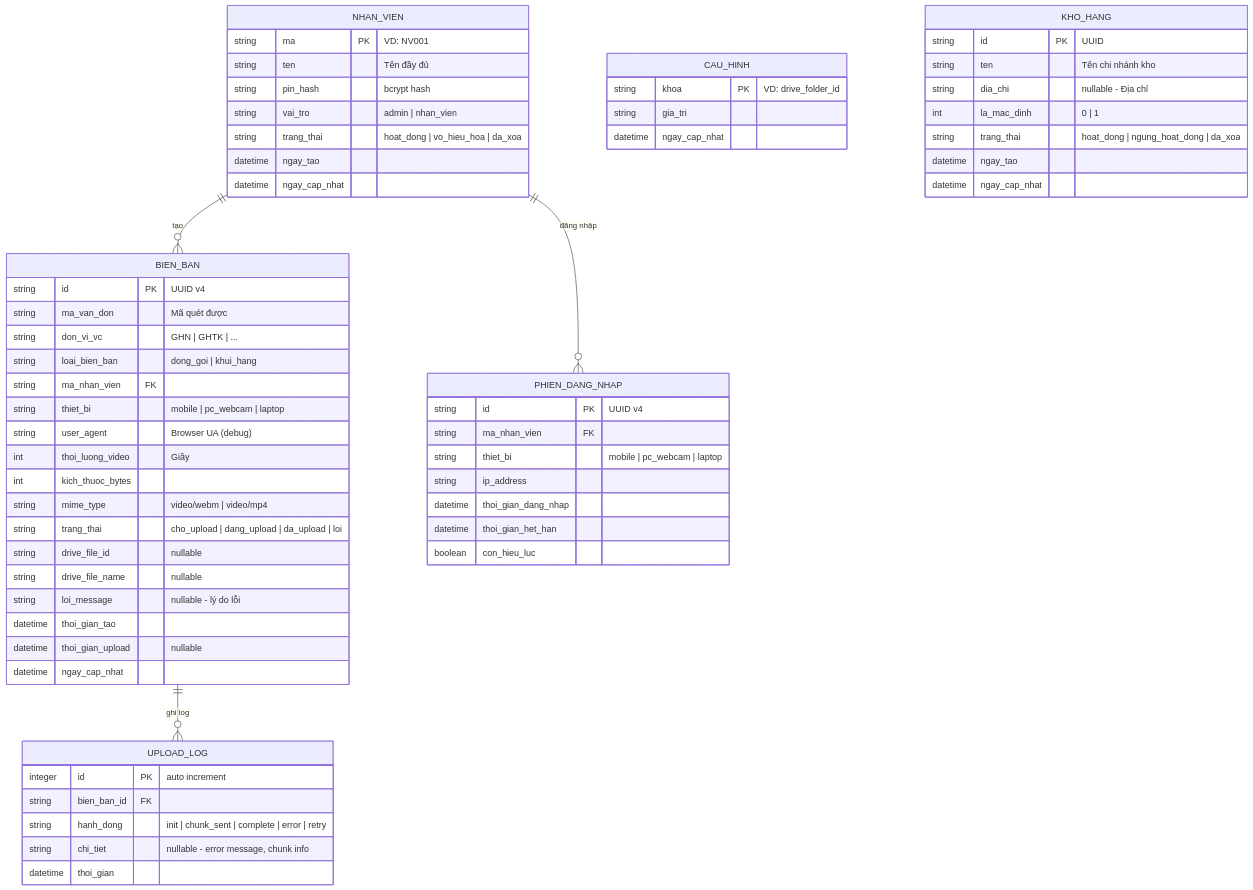
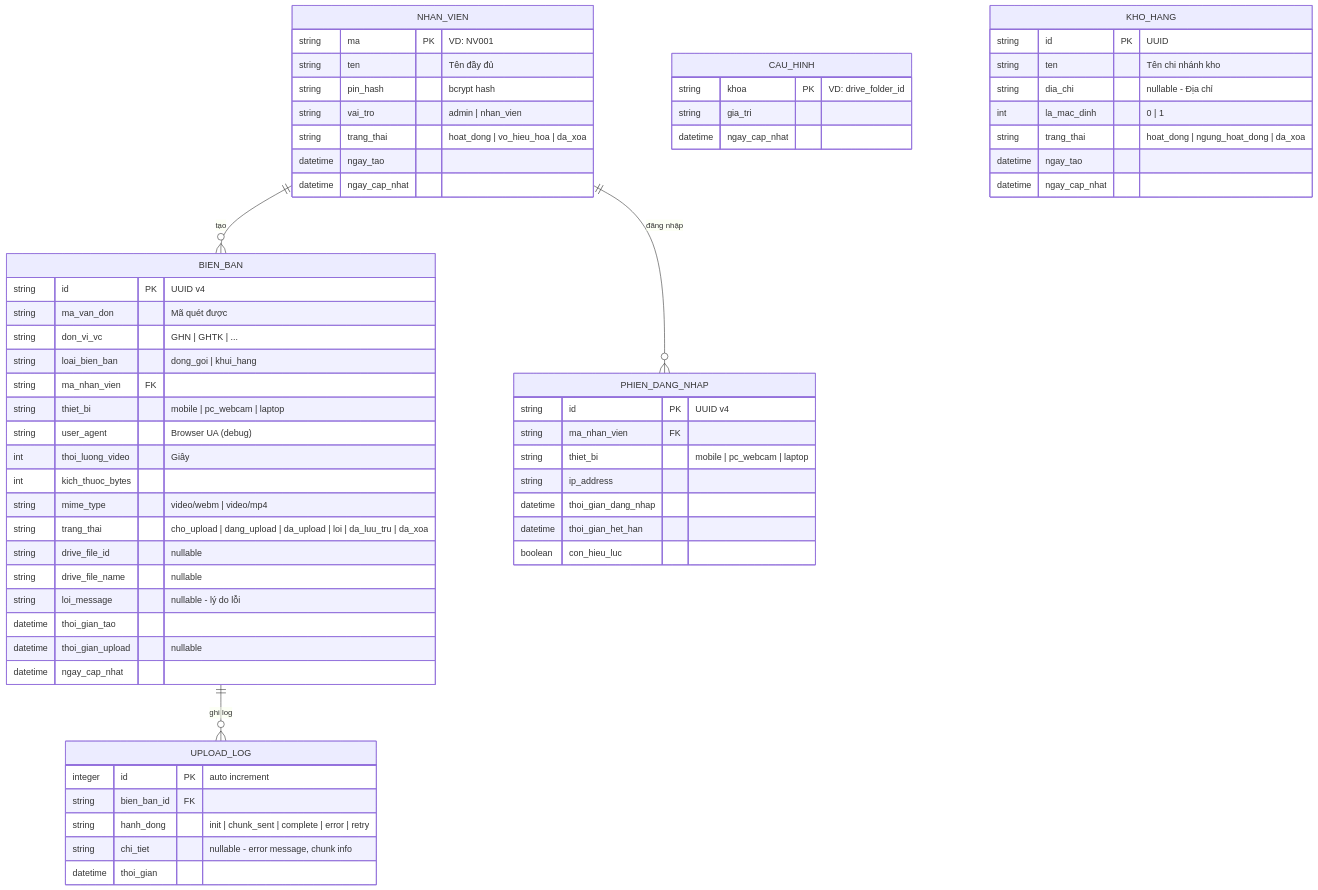
The diagram in docs/07-database-schema.md (websiteallship/quayvideodonghang), drawn with Mermaid before and after one commit. The commit also changed other lines of this file and 41 other files, not shown here.

````diff
--- a/docs/07-database-schema.md
+++ b/docs/07-database-schema.md
@@ -11,70 +11,70 @@
 ```mermaid
 erDiagram
     NHAN_VIEN ||--o{ BIEN_BAN : "tạo"
     NHAN_VIEN ||--o{ PHIEN_DANG_NHAP : "đăng nhập"
     BIEN_BAN ||--o{ UPLOAD_LOG : "ghi log"
 
     NHAN_VIEN {
         string ma PK "VD: NV001"
         string ten "Tên đầy đủ"
         string pin_hash "bcrypt hash"
         string vai_tro "admin | nhan_vien"
         string trang_thai "hoat_dong | vo_hieu_hoa | da_xoa"
         datetime ngay_tao
         datetime ngay_cap_nhat
     }
 
     BIEN_BAN {
         string id PK "UUID v4"
         string ma_van_don "Mã quét được"
         string don_vi_vc "GHN | GHTK | ..."
         string loai_bien_ban "dong_goi | khui_hang"
         string ma_nhan_vien FK
         string thiet_bi "mobile | pc_webcam | laptop"
         string user_agent "Browser UA (debug)"
         int thoi_luong_video "Giây"
         int kich_thuoc_bytes
         string mime_type "video/webm | video/mp4"
-        string trang_thai "cho_upload | dang_upload | da_upload | loi"
+        string trang_thai "cho_upload | dang_upload | da_upload | loi | da_luu_tru | da_xoa"
         string drive_file_id "nullable"
         string drive_file_name "nullable"
         string loi_message "nullable - lý do lỗi"
         datetime thoi_gian_tao
         datetime thoi_gian_upload "nullable"
         datetime ngay_cap_nhat
     }
 
     PHIEN_DANG_NHAP {
         string id PK "UUID v4"
         string ma_nhan_vien FK
         string thiet_bi "mobile | pc_webcam | laptop"
         string ip_address
         datetime thoi_gian_dang_nhap
         datetime thoi_gian_het_han
         boolean con_hieu_luc
     }
 
     UPLOAD_LOG {
         integer id PK "auto increment"
         string bien_ban_id FK
         string hanh_dong "init | chunk_sent | complete | error | retry"
         string chi_tiet "nullable - error message, chunk info"
         datetime thoi_gian
     }
 
     CAU_HINH {
         string khoa PK "VD: drive_folder_id"
         string gia_tri
         datetime ngay_cap_nhat
     }
 
     KHO_HANG {
         string id PK "UUID"
         string ten "Tên chi nhánh kho"
         string dia_chi "nullable - Địa chỉ"
         int la_mac_dinh "0 | 1"
         string trang_thai "hoat_dong | ngung_hoat_dong | da_xoa"
         datetime ngay_tao
         datetime ngay_cap_nhat
     }
 ```
````
